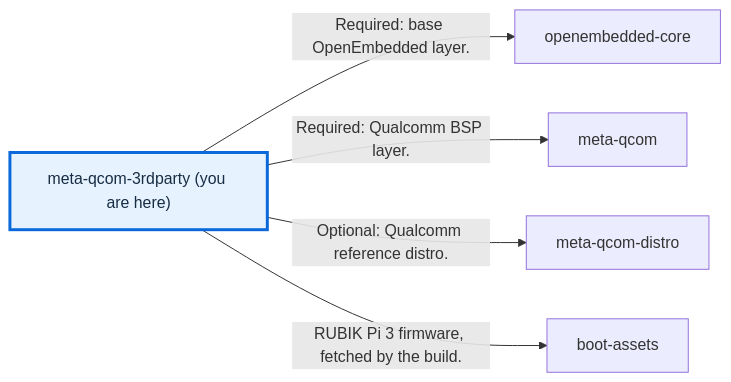
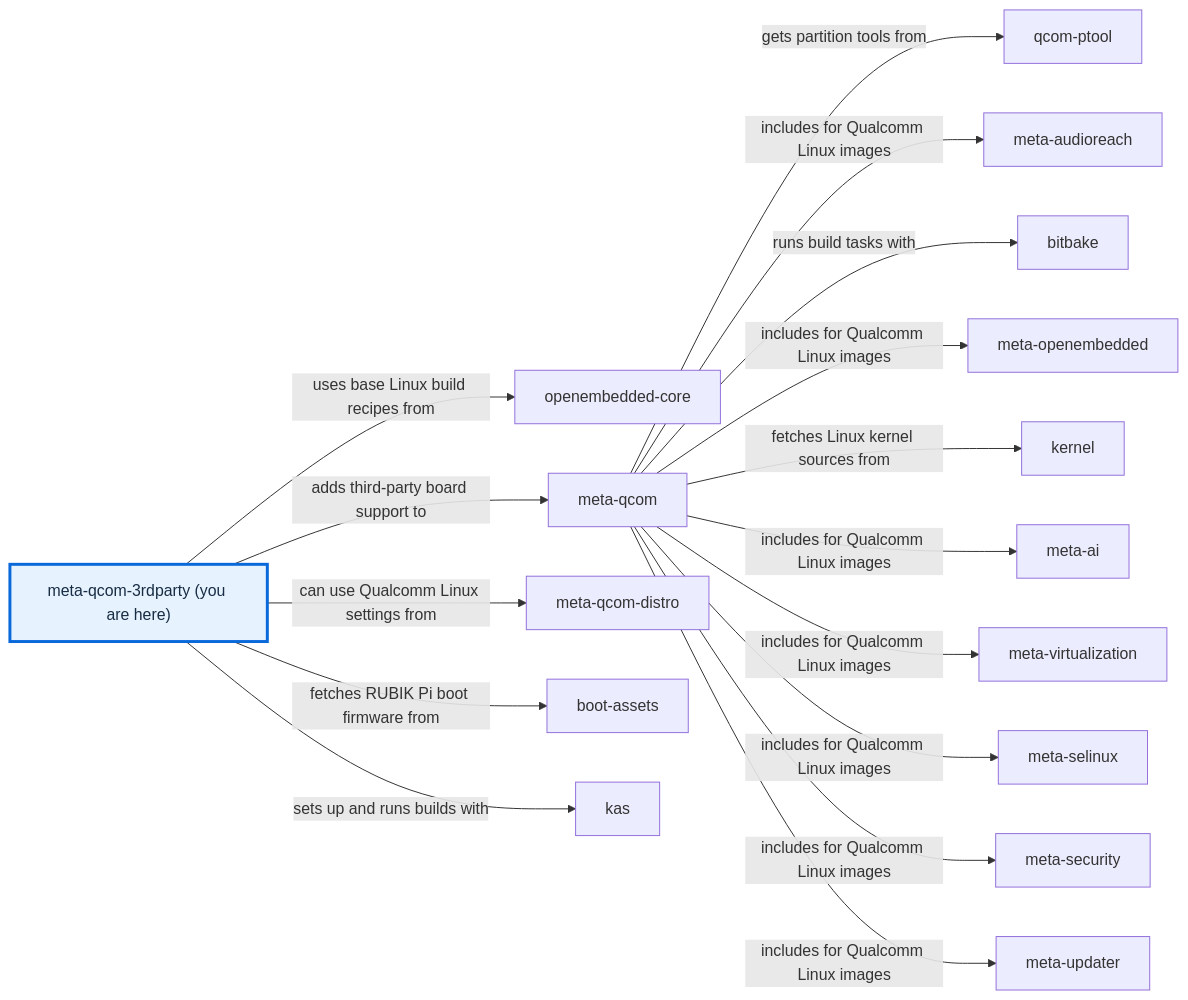
One commit to devdocsorg/meta-qcom-3rdparty changed the diagram in README.md. Above: the diagram before and after it, drawn with Mermaid. The commit also changed other lines of this file and 4 other files, not shown here.

````diff
--- a/README.md
+++ b/README.md
@@ -127,18 +127,51 @@
 ```mermaid
 flowchart LR
     r0["meta-qcom-3rdparty (you are here)"]
     click r0 href "https://github.com/qualcomm-linux/meta-qcom-3rdparty" _blank
-    r1["openembedded-core"]
-    click r1 href "https://github.com/openembedded/openembedded-core" _blank
-    r2["meta-qcom"]
-    click r2 href "https://github.com/qualcomm-linux/meta-qcom" _blank
-    r3["meta-qcom-distro"]
-    click r3 href "https://github.com/qualcomm-linux/meta-qcom-distro" _blank
-    r4["boot-assets"]
-    click r4 href "https://github.com/rubikpi-ai/boot-assets" _blank
-    r0 -->|"Required: base OpenEmbedded layer."| r1
-    r0 -->|"Required: Qualcomm BSP layer."| r2
-    r0 -->|"Optional: Qualcomm reference distro."| r3
-    r0 -->|"RUBIK Pi 3 firmware, fetched by the build."| r4
+    r1["meta-audioreach"]
+    click r1 href "https://github.com/AudioReach/meta-audioreach" _blank
+    r2["bitbake"]
+    click r2 href "https://github.com/openembedded/bitbake" _blank
+    r3["meta-openembedded"]
+    click r3 href "https://github.com/openembedded/meta-openembedded" _blank
+    r4["openembedded-core"]
+    click r4 href "https://github.com/openembedded/openembedded-core" _blank
+    r5["kernel"]
+    click r5 href "https://github.com/qualcomm-linux/kernel" _blank
+    r6["meta-ai"]
+    click r6 href "https://github.com/qualcomm-linux/meta-ai" _blank
+    r7["meta-qcom"]
+    click r7 href "https://github.com/qualcomm-linux/meta-qcom" _blank
+    r8["meta-qcom-distro"]
+    click r8 href "https://github.com/qualcomm-linux/meta-qcom-distro" _blank
+    r9["qcom-ptool"]
+    click r9 href "https://github.com/qualcomm-linux/qcom-ptool" _blank
+    r10["boot-assets"]
+    click r10 href "https://github.com/rubikpi-ai/boot-assets" _blank
+    r11["kas"]
+    click r11 href "https://github.com/siemens/kas" _blank
+    r12["meta-updater"]
+    click r12 href "https://github.com/uptane/meta-updater" _blank
+    r13["meta-security"]
+    click r13 href "https://git.yoctoproject.org/meta-security" _blank
+    r14["meta-selinux"]
+    click r14 href "https://git.yoctoproject.org/meta-selinux" _blank
+    r15["meta-virtualization"]
+    click r15 href "https://git.yoctoproject.org/meta-virtualization" _blank
+    r0 -->|"uses base Linux build recipes from"| r4
+    r0 -->|"adds third-party board support to"| r7
+    r0 -->|"can use Qualcomm Linux settings from"| r8
+    r7 -->|"gets partition tools from"| r9
+    r0 -->|"fetches RUBIK Pi boot firmware from"| r10
+    r0 -->|"sets up and runs builds with"| r11
+    r7 -->|"includes for Qualcomm Linux images"| r1
+    r7 -->|"runs build tasks with"| r2
+    r7 -->|"includes for Qualcomm Linux images"| r3
+    r7 -->|"fetches Linux kernel sources from"| r5
+    r7 -->|"includes for Qualcomm Linux images"| r6
+    r7 -->|"includes for Qualcomm Linux images"| r15
+    r7 -->|"includes for Qualcomm Linux images"| r14
+    r7 -->|"includes for Qualcomm Linux images"| r13
+    r7 -->|"includes for Qualcomm Linux images"| r12
     style r0 fill:#e6f3ff,stroke:#0969da,stroke-width:3px,color:#182c43
 ```
````
